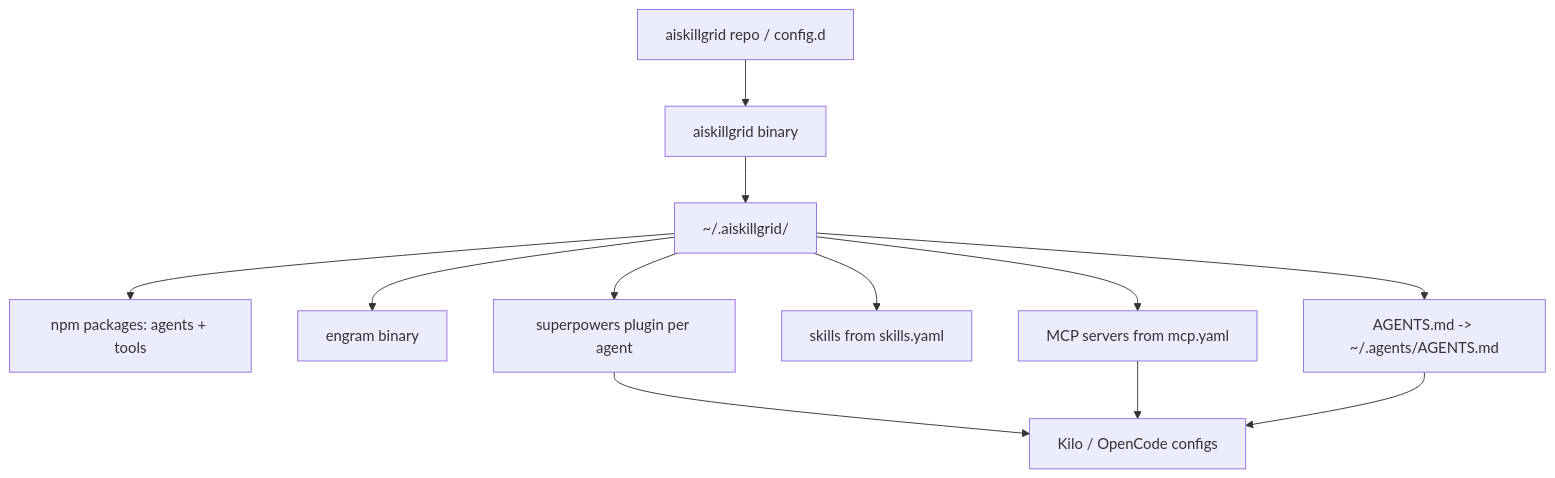
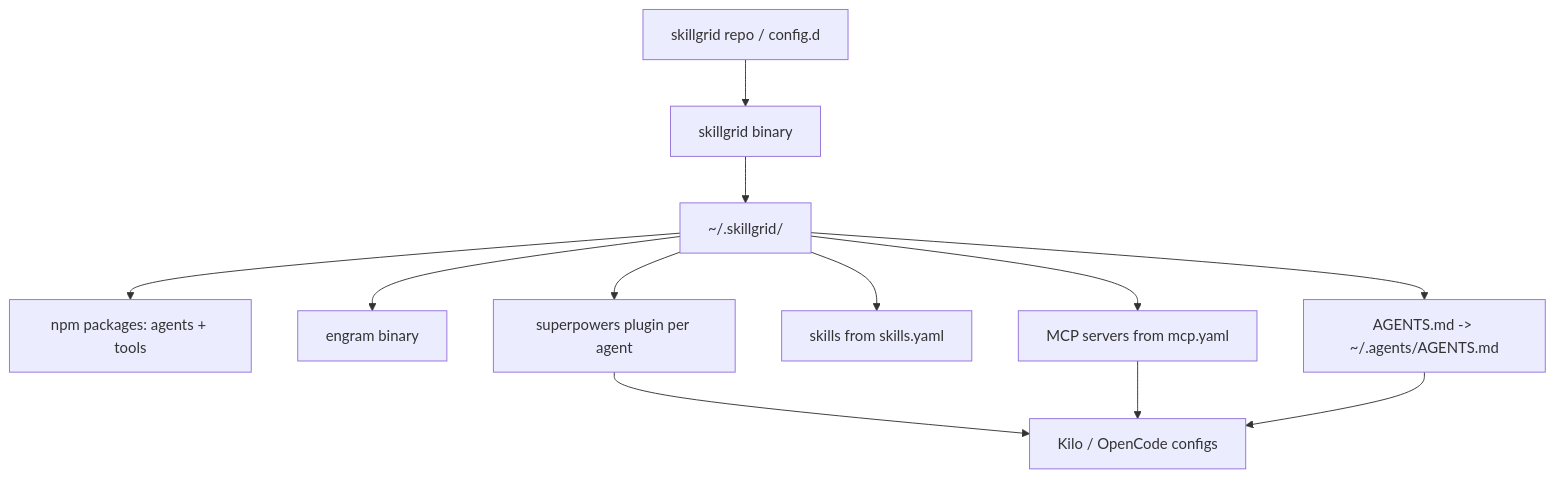
The diagram in docs/01-installation.md (devopstales/skillgrid), drawn with Mermaid before and after one commit. The commit also changed other lines of this file and 42 other files, not shown here.

First line of the commit message:
cli: rename aiskillgrid to skillgrid, add per-platform builds with symlinks, move npm installs to ~/.skillgrid/npm prefix

````diff
--- a/docs/01-installation.md
+++ b/docs/01-installation.md
@@ -11,14 +11,14 @@
 ```mermaid
 flowchart TD
-  Repo[aiskillgrid repo / config.d] --> CLI[aiskillgrid binary]
-  CLI --> Base[~/.aiskillgrid/]
+  Repo[skillgrid repo / config.d] --> CLI[skillgrid binary]
+  CLI --> Base[~/.skillgrid/]
   Base --> NPM[npm packages: agents + tools]
   Base --> Eng[engram binary]
   Base --> Plugins[superpowers plugin per agent]
   Plugins --> Configs[Kilo / OpenCode configs]
   Base --> Skills[skills from skills.yaml]
   Base --> MCP[MCP servers from mcp.yaml]
   MCP --> Configs
   Base --> Rules[AGENTS.md -> ~/.agents/AGENTS.md]
   Rules --> Configs
 ```
````
